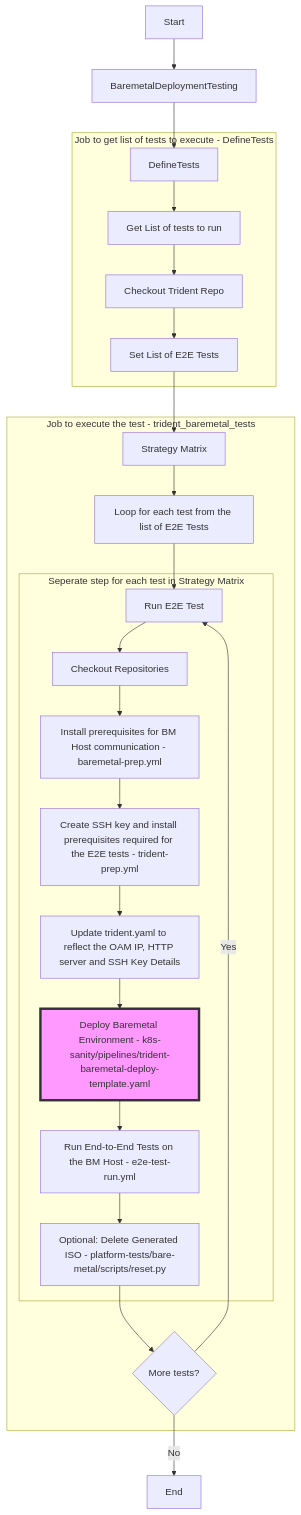
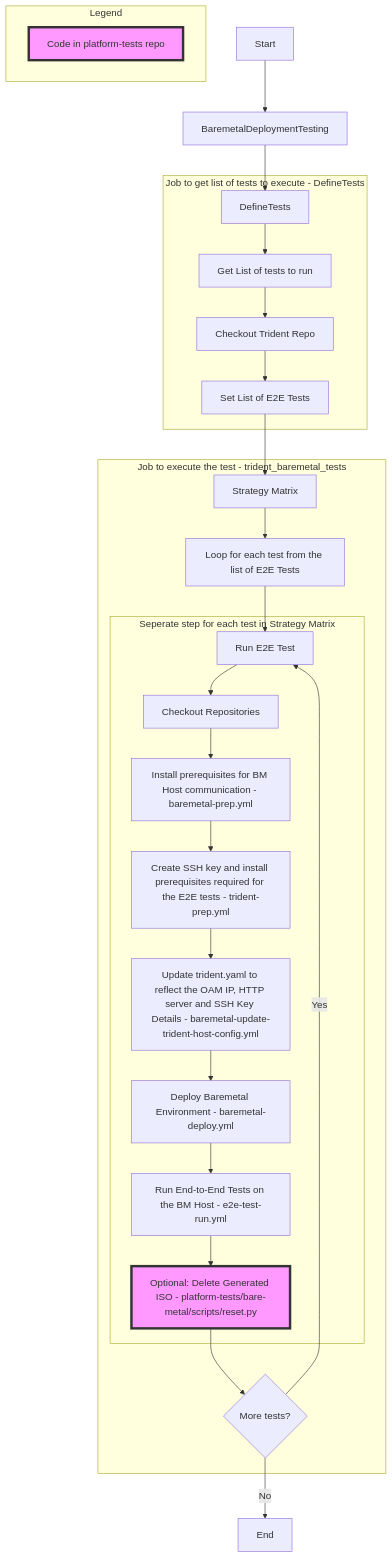
The diagram in dev-docs/diagrams/overall-testing-on-baremetal.mmd (microsoft/trident), drawn with Mermaid before and after one commit. The commit also changed 13 other files, not shown here.

```diff
--- a/dev-docs/diagrams/overall-testing-on-baremetal.mmd
+++ b/dev-docs/diagrams/overall-testing-on-baremetal.mmd
@@ -1,26 +1,32 @@
 graph TD
+classDef Purple fill:#f9f,stroke:#333,stroke-width:4px;
+subgraph Legend
+    direction LR
+    LE1[Code in platform-tests repo]
+    class LE1 Purple;
+end
 A[Start] --> B["BaremetalDeploymentTesting"]
 B --> C0["DefineTests"]
 subgraph Job to get list of tests to execute - DefineTests
     C0[DefineTests] --> D0[Get List of tests to run]
     D0 --> E0[Checkout Trident Repo]
     E0 --> F0[Set List of E2E Tests]
 end
 F0 --> D["Strategy Matrix"]
 subgraph Job to execute the test - trident_baremetal_tests
     D --> E[Loop for each test from the list of E2E Tests]
     E --> G[Run E2E Test]
     subgraph Seperate step for each test in Strategy Matrix
         G --> H[Checkout Repositories]
         H --> I[Install prerequisites for BM Host communication - baremetal-prep.yml]
         I --> J[Create SSH key and install prerequisites required for the E2E tests - trident-prep.yml]
-        J --> K[Update trident.yaml to reflect the OAM IP, HTTP server and SSH Key Details]
-        K --> L[Deploy Baremetal Environment - k8s-sanity/pipelines/trident-baremetal-deploy-template.yaml]
-        style L fill:#f9f,stroke:#333,stroke-width:4px
+        J --> K[Update trident.yaml to reflect the OAM IP, HTTP server and SSH Key Details - baremetal-update-trident-host-config.yml]
+        K --> L[Deploy Baremetal Environment - baremetal-deploy.yml]
         L --> M[Run End-to-End Tests on the BM Host - e2e-test-run.yml]
         M --> N[Optional: Delete Generated ISO - platform-tests/bare-metal/scripts/reset.py]
+        style N fill:#f9f,stroke:#333,stroke-width:4px
     end
     N --> O{More tests?}
     O -- Yes --> G
 end
 O -- No --> Q[End]
```
